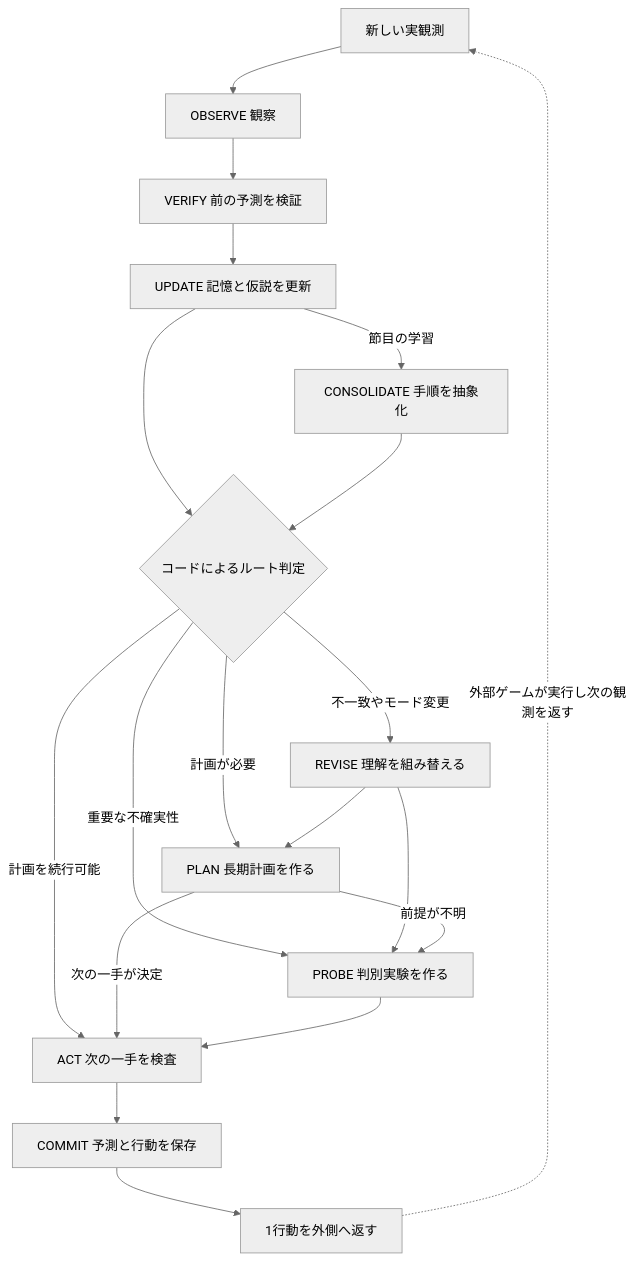
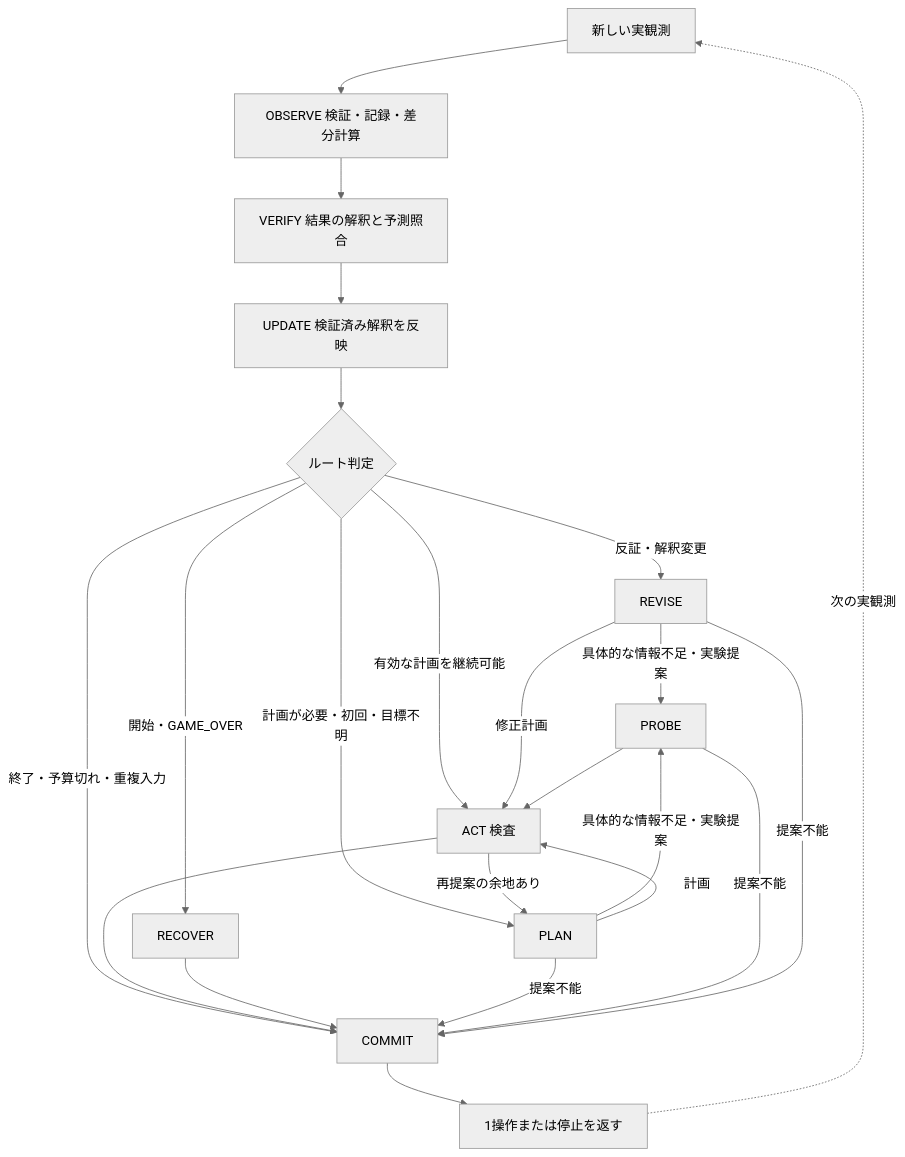
One commit to magic-sword/acr-agi-3-adk-agent changed the diagram in docs/adk-cognitive-state-machine-ja.md. Above: the diagram before and after it, drawn with Mermaid (neutral theme). The commit also changed other lines of this file and 31 other files, not shown here.

````diff
--- a/docs/adk-cognitive-state-machine-ja.md
+++ b/docs/adk-cognitive-state-machine-ja.md
@@ -45,21 +24,25 @@
 ```mermaid
 flowchart TD
-    I[新しい実観測] --> O[OBSERVE 観察]
-    O --> V[VERIFY 前の予測を検証]
-    V --> U[UPDATE 記憶と仮説を更新]
-    U --> C{コードによるルート判定}
-    C -->|不一致やモード変更| R[REVISE 理解を組み替える]
-    C -->|重要な不確実性| Q[PROBE 判別実験を作る]
-    C -->|計画が必要| P[PLAN 長期計画を作る]
-    C -->|計画を続行可能| A[ACT 次の一手を検査]
-    R --> Q
-    R --> P
-    P -->|前提が不明| Q
-    P -->|次の一手が決定| A
+    I[新しい実観測] --> O[OBSERVE 検証・記録・差分計算]
+    O --> V[VERIFY 結果の解釈と予測照合]
+    V --> U[UPDATE 検証済み解釈を反映]
+    U --> C{ルート判定}
+    C -->|終了・予算切れ・重複入力| M[COMMIT]
+    C -->|開始・GAME_OVER| X[RECOVER]
+    C -->|反証・解釈変更| R[REVISE]
+    C -->|有効な計画を継続可能| A[ACT 検査]
+    C -->|計画が必要・初回・目標不明| P[PLAN]
+    P -->|具体的な情報不足・実験提案| Q[PROBE]
+    R -->|具体的な情報不足・実験提案| Q
+    P -->|計画| A
+    R -->|修正計画| A
     Q --> A
-    A --> M[COMMIT 予測と行動を保存]
-    M --> E[1行動を外側へ返す]
-    E -. 外部ゲームが実行し次の観測を返す .-> I
-    U -->|節目の学習| K[CONSOLIDATE 手順を抽象化]
-    K --> C
+    A -->|再提案の余地あり| P
+    A --> M
+    X --> M
+    P -->|提案不能| M
+    Q -->|提案不能| M
+    R -->|提案不能| M
+    M --> E[1操作または停止を返す]
+    E -. 次の実観測 .-> I
 ```
````
